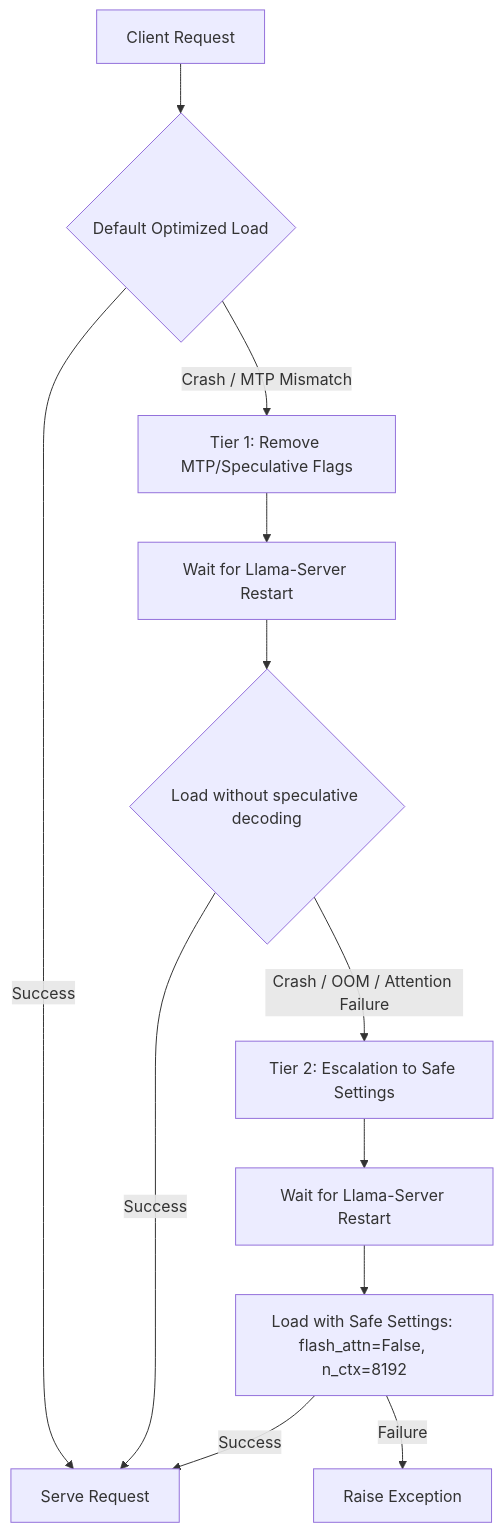
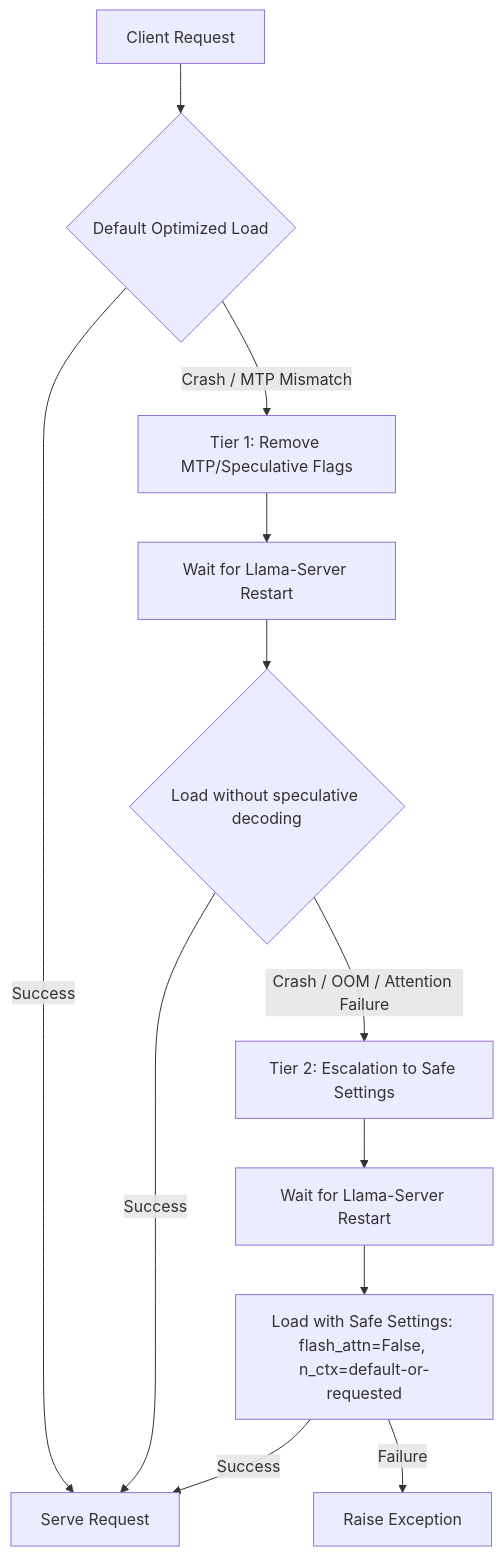
Before and after one commit to JMiahMan1/alpaca: the diagram in README.md, drawn with Mermaid. The commit also changed other lines of this file, not shown here.

Commit message:
docs: update Safe Settings to reflect n_ctx request handling

````diff
--- a/README.md
+++ b/README.md
@@ -50,14 +50,14 @@
 ```mermaid
 graph TD
     A[Client Request] --> B{Default Optimized Load}
     B -->|Success| C[Serve Request]
     B -->|Crash / MTP Mismatch| D[Tier 1: Remove MTP/Speculative Flags]
     D --> E[Wait for Llama-Server Restart]
     E --> F{Load without speculative decoding}
     F -->|Success| C
     F -->|Crash / OOM / Attention Failure| G[Tier 2: Escalation to Safe Settings]
     G --> H[Wait for Llama-Server Restart]
-    H --> I[Load with Safe Settings: flash_attn=False, n_ctx=8192]
+    H --> I[Load with Safe Settings: flash_attn=False, n_ctx=default-or-requested]
     I -->|Success| C
     I -->|Failure| J[Raise Exception]
 ```
````
